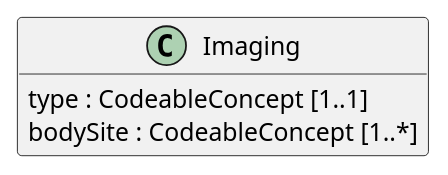
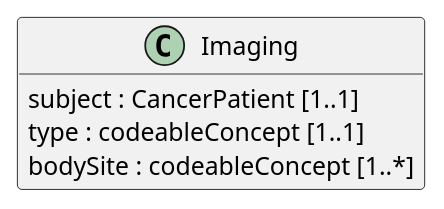
Before and after one commit to hl7-eu/cancer-common: the diagram in input/images-source/Imaging_LM.plantuml, drawn with PlantUML. The commit also changed 3 other files, not shown here.

```diff
--- a/input/images-source/Imaging_LM.plantuml
+++ b/input/images-source/Imaging_LM.plantuml
@@ -1,10 +1,11 @@
 @startuml
 hide empty members
 skinparam classAttributeIconSize 0
 
 class Imaging {
-  type : CodeableConcept [1..1]
-  bodySite : CodeableConcept [1..*]
+  subject : CancerPatient [1..1]
+  type : codeableConcept [1..1]
+  bodySite : codeableConcept [1..*]
 }
 
 @enduml
```
